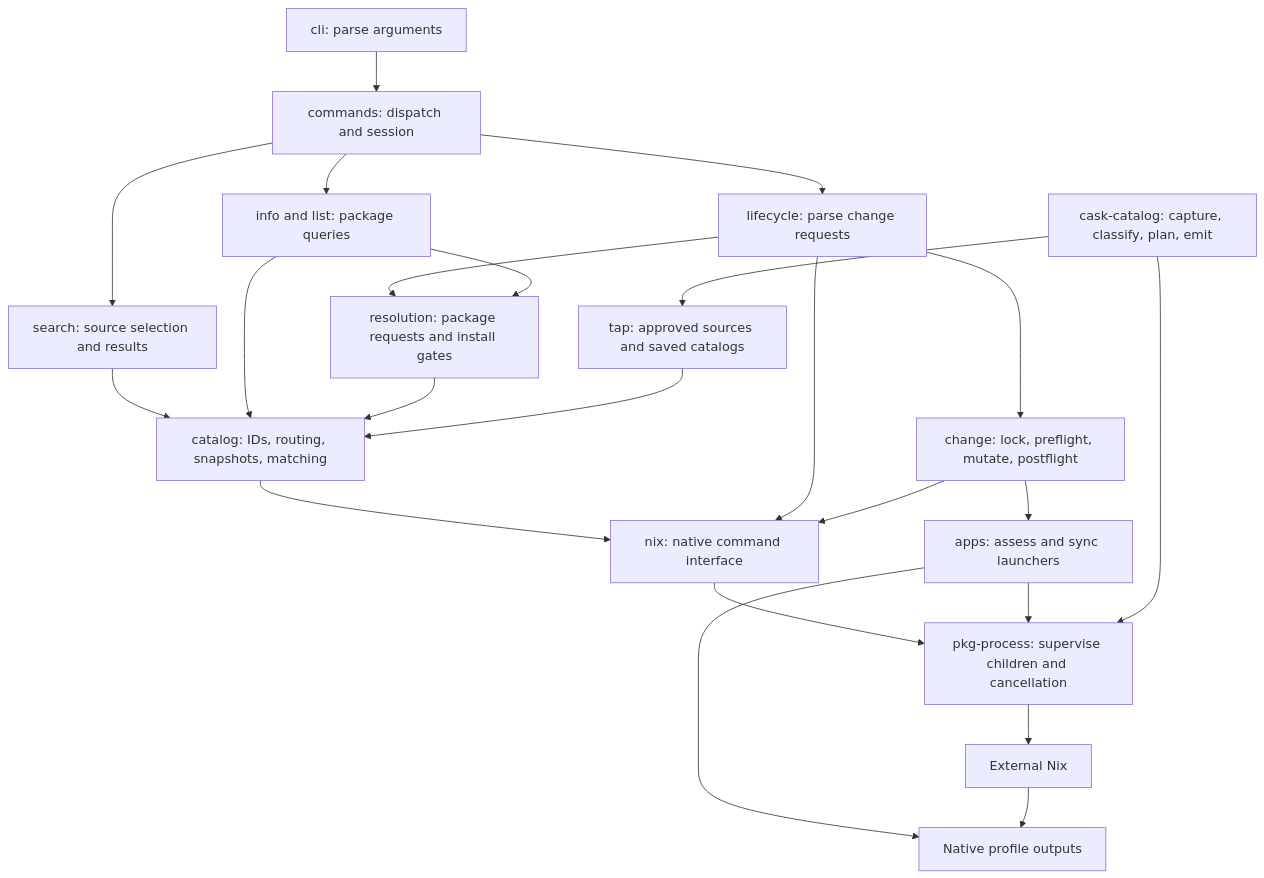
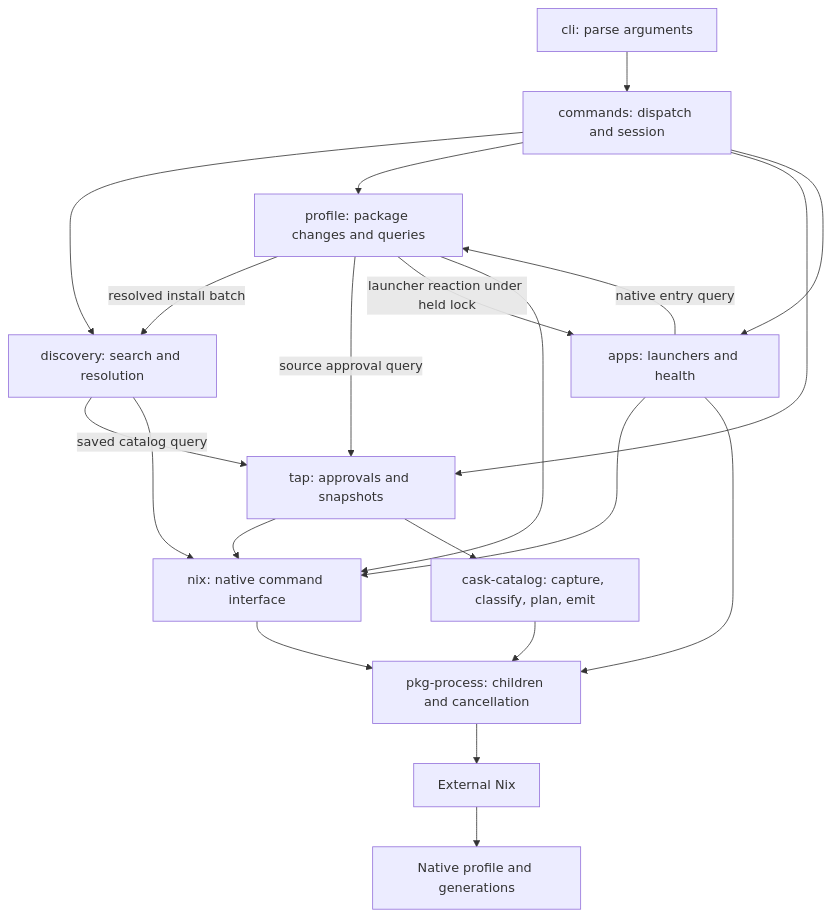
Before and after one commit to spa5k/pkg: the diagram in docs/architecture.md, drawn with Mermaid. The commit also changed other lines of this file and 89 other files, not shown here.

````diff
--- a/docs/architecture.md
+++ b/docs/architecture.md
@@ -7,25 +104,23 @@
 ```mermaid
 flowchart TD
     CLI[cli: parse arguments] --> Commands[commands: dispatch and session]
-    Commands --> Search[search: source selection and results]
-    Commands --> Info[info and list: package queries]
-    Commands --> Lifecycle[lifecycle: parse change requests]
-    Lifecycle --> Change[change: lock, preflight, mutate, postflight]
-    Search --> Catalog[catalog: IDs, routing, snapshots, matching]
-    Info --> Catalog
-    Lifecycle --> Resolution[resolution: package requests and install gates]
-    Info --> Resolution
-    Resolution --> Catalog
-    Catalog --> Nix[nix: native command interface]
-    Lifecycle --> Nix
-    Change --> Nix
-    Nix --> Process[pkg-process: supervise children and cancellation]
+    Commands --> Discovery[discovery: search and resolution]
+    Commands --> Profile[profile: package changes and queries]
+    Commands --> Taps[tap: approvals and snapshots]
+    Commands --> Apps[apps: launchers and health]
+    Profile -->|resolved install batch| Discovery
+    Profile -->|source approval query| Taps
+    Discovery -->|saved catalog query| Taps
+    Profile -->|launcher reaction under held lock| Apps
+    Apps -->|native entry query| Profile
+    Discovery --> Nix[nix: native command interface]
+    Profile --> Nix
+    Taps --> Nix
+    Apps --> Nix
+    Taps --> Generator[cask-catalog: capture, classify, plan, emit]
+    Nix --> Process[pkg-process: children and cancellation]
+    Generator --> Process
+    Apps --> Process
     Process --> Runtime[External Nix]
-    Change --> Apps[apps: assess and sync launchers]
-    Apps --> Process
-    Apps --> Profile[Native profile outputs]
-    Runtime --> Profile
-    Tap[tap: approved sources and saved catalogs] --> Catalog
-    Generator[cask-catalog: capture, classify, plan, emit] --> Tap
-    Generator --> Process
+    Runtime --> State[Native profile and generations]
 ```
````
